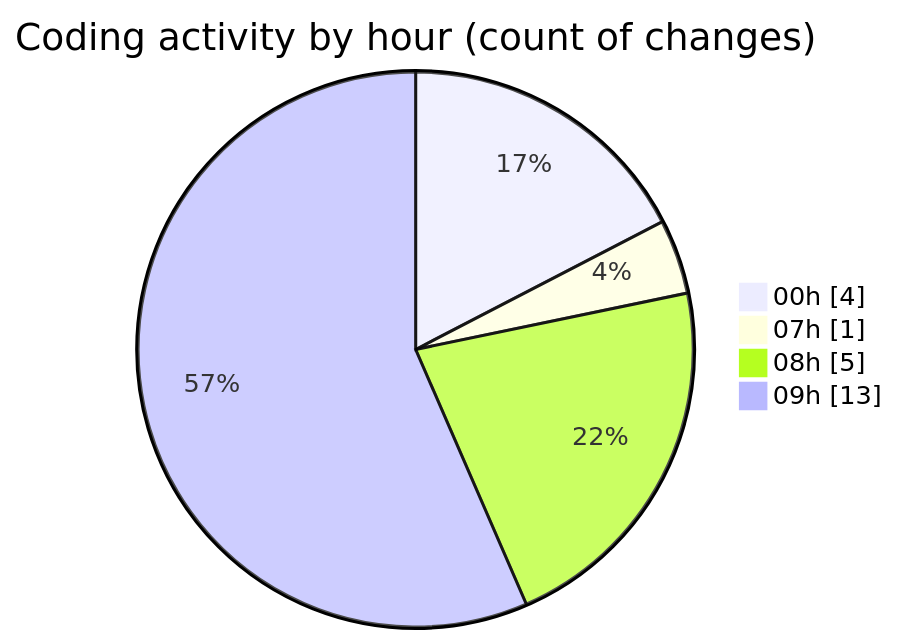
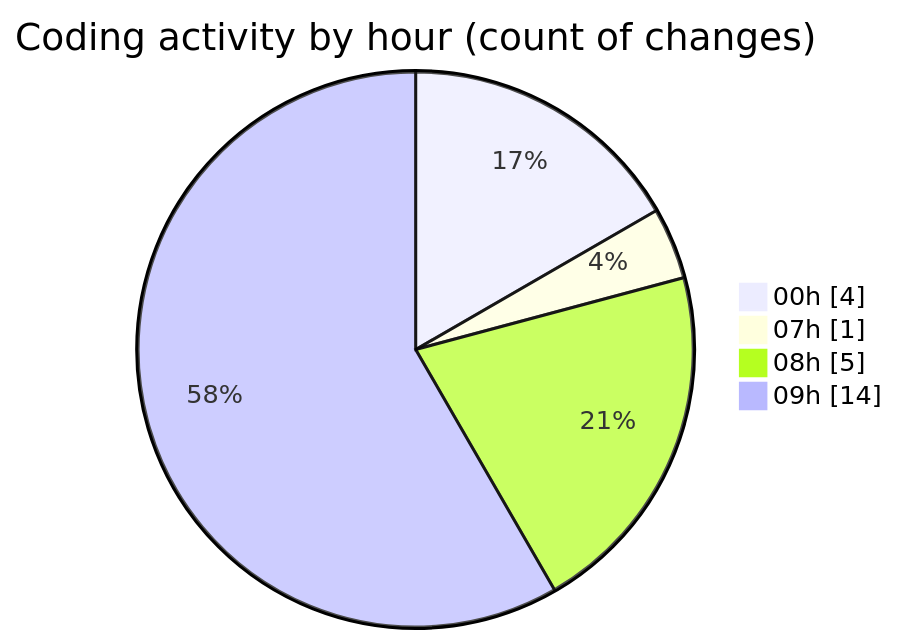
One commit to Elitesun/code-tracking changed the second of 2 diagrams in 2025-05-08/niten/README.md. Above: the diagram before and after it, drawn with Mermaid. The commit also changed other lines of this file and 1 other file, not shown here.

````diff
--- a/2025-05-08/niten/README.md
+++ b/2025-05-08/niten/README.md
@@ -35,8 +35,8 @@
 ```mermaid
 pie showData
 title Coding activity by hour (count of changes)
 "00h" : 4
 "07h" : 1
 "08h" : 5
-"09h" : 13
+"09h" : 14
 ```
````
